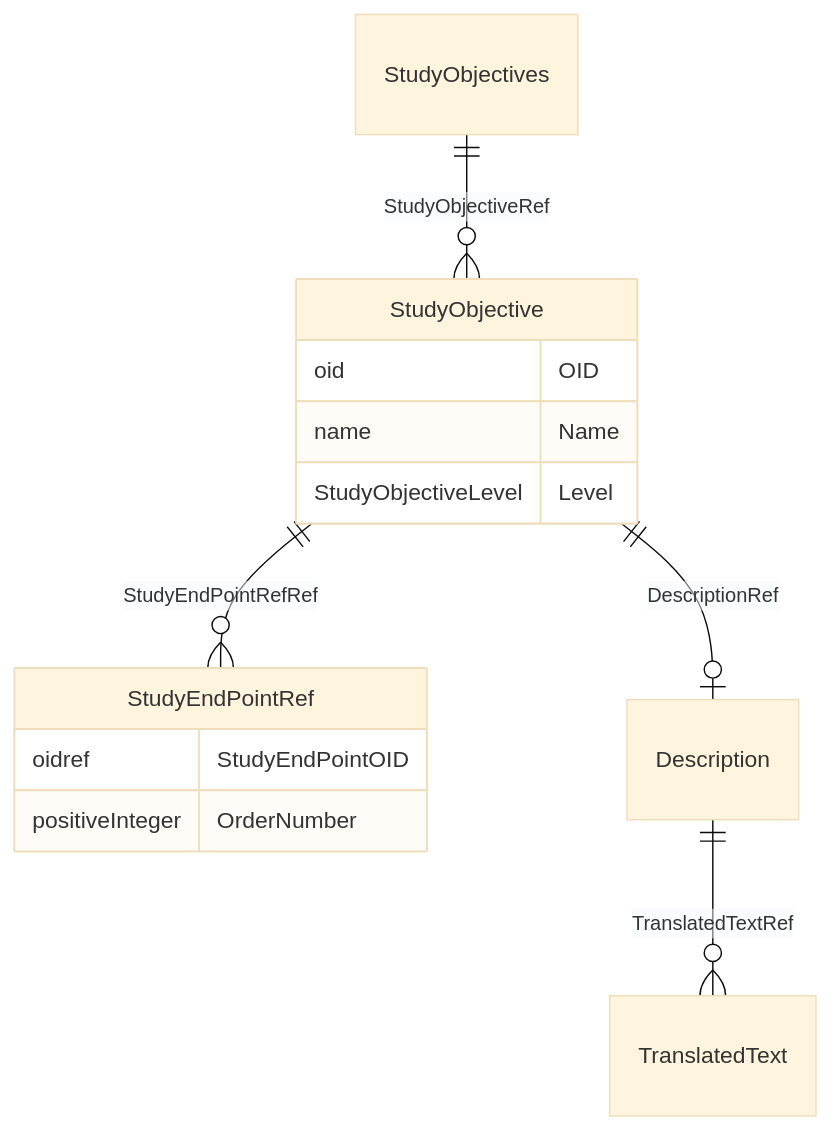
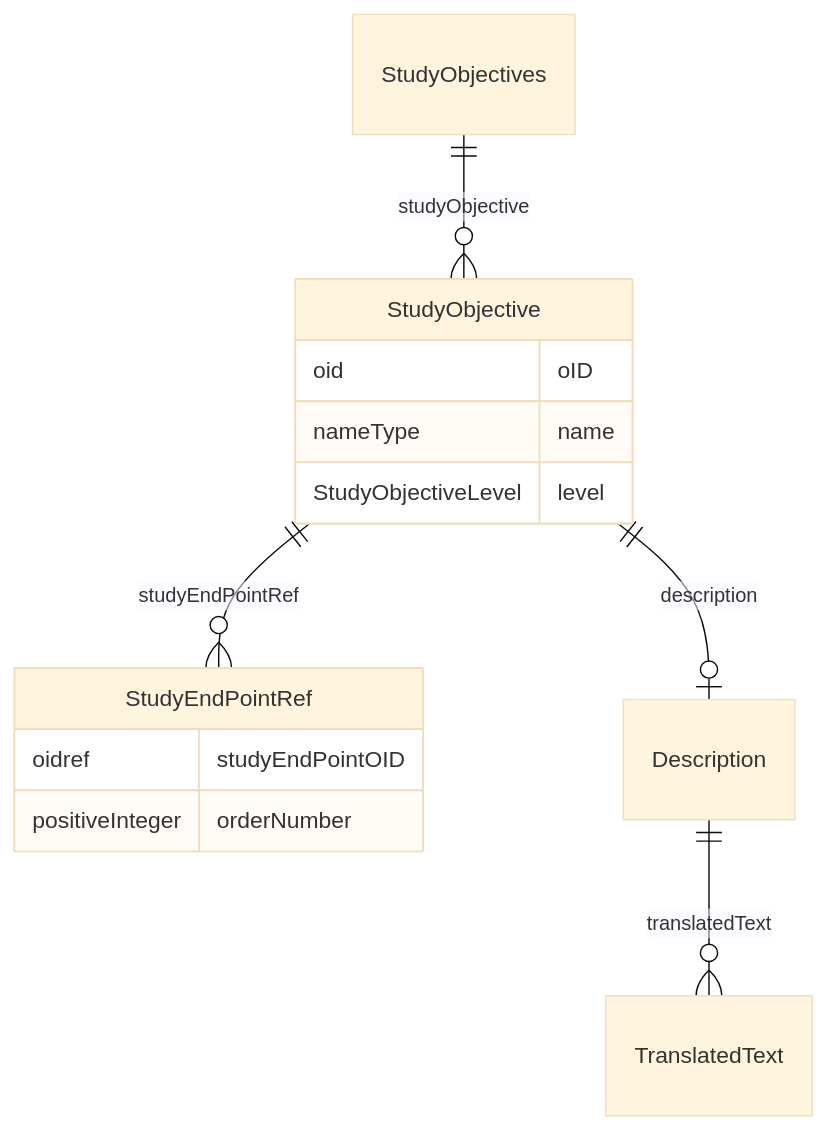
Before and after one commit to cdisc-org/DataExchange-ODM-LinkML: the diagram in docs/StudyObjectives.md, drawn with Mermaid (base theme). The commit also changed other lines of this file and 759 other files, not shown here.

````diff
--- a/docs/StudyObjectives.md
+++ b/docs/StudyObjectives.md
@@ -11,24 +11,24 @@
 ```mermaid
 erDiagram
 StudyObjectives {
 
 }
 StudyObjective {
-    oid OID  
-    name Name  
-    StudyObjectiveLevel Level  
+    oid oID  
+    nameType name  
+    StudyObjectiveLevel level  
 }
 StudyEndPointRef {
-    oidref StudyEndPointOID  
-    positiveInteger OrderNumber  
+    oidref studyEndPointOID  
+    positiveInteger orderNumber  
 }
 Description {
 
 }
 
-StudyObjectives ||--}o StudyObjective : "StudyObjectiveRef"
-StudyObjective ||--|o Description : "DescriptionRef"
-StudyObjective ||--}o StudyEndPointRef : "StudyEndPointRefRef"
-Description ||--}o TranslatedText : "TranslatedTextRef"
+StudyObjectives ||--}o StudyObjective : "studyObjective"
+StudyObjective ||--|o Description : "description"
+StudyObjective ||--}o StudyEndPointRef : "studyEndPointRef"
+Description ||--}o TranslatedText : "translatedText"
 
 ```
````
